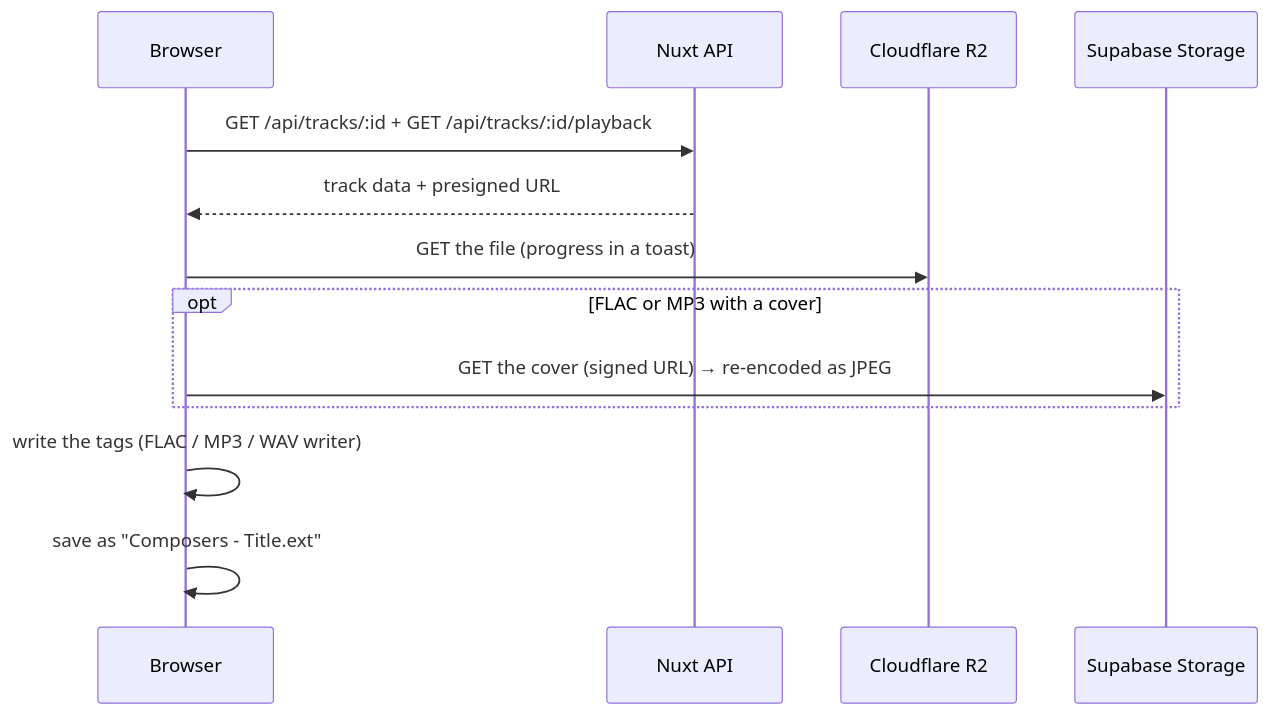
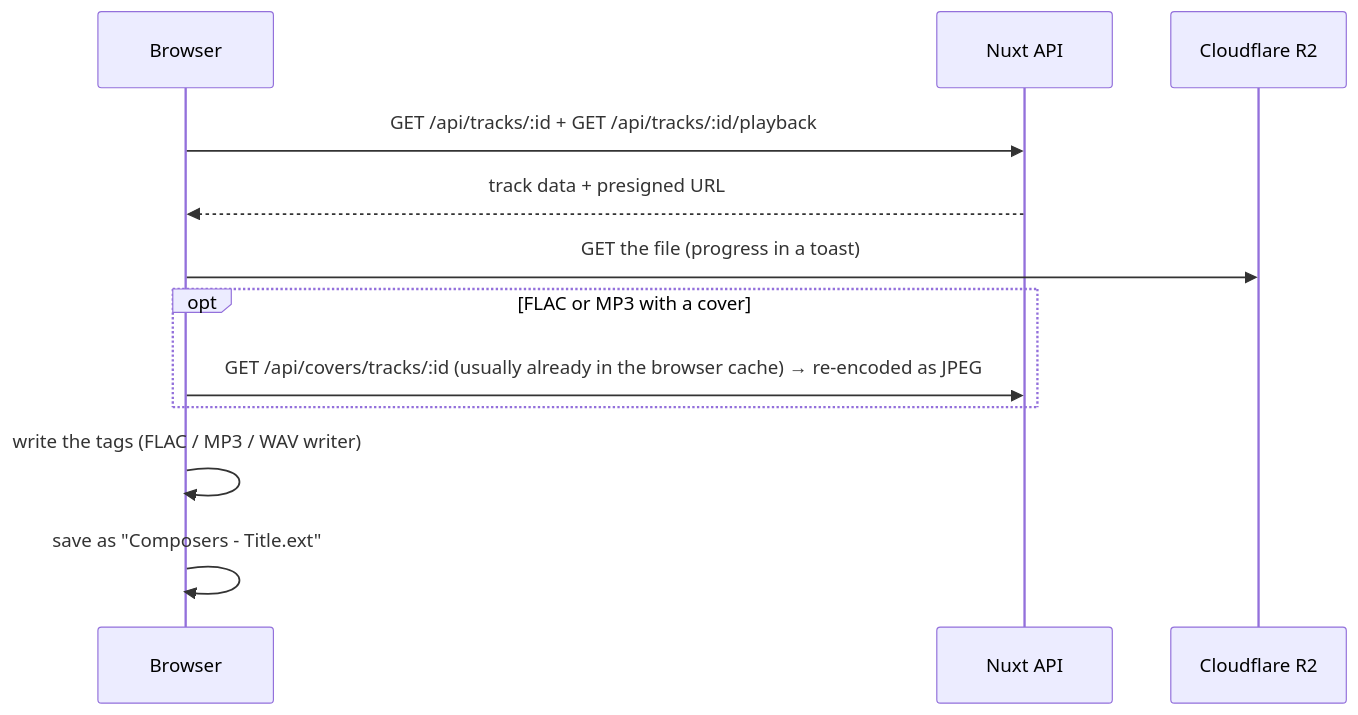
Before and after one commit to alesssz/Chronovault: the seventh of 11 diagrams in README.md, drawn with Mermaid. The commit also changed other lines of this file and 24 other files, not shown here.

First line of the commit message:
Cache covers in the browser with stable, versioned addresses

````diff
--- a/README.md
+++ b/README.md
@@ -551,15 +570,14 @@
 ```mermaid
 sequenceDiagram
   participant B as Browser
   participant N as Nuxt API
   participant R as Cloudflare R2
-  participant S as Supabase Storage
   B->>N: GET /api/tracks/:id + GET /api/tracks/:id/playback
   N-->>B: track data + presigned URL
   B->>R: GET the file (progress in a toast)
   opt FLAC or MP3 with a cover
-    B->>S: GET the cover (signed URL) → re-encoded as JPEG
+    B->>N: GET /api/covers/tracks/:id (usually already in the browser cache) → re-encoded as JPEG
   end
   B->>B: write the tags (FLAC / MP3 / WAV writer)
   B->>B: save as "Composers - Title.ext"
 ```
````
